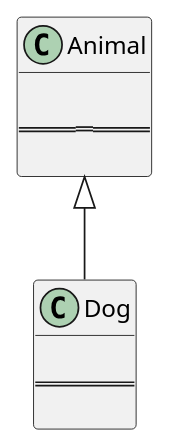
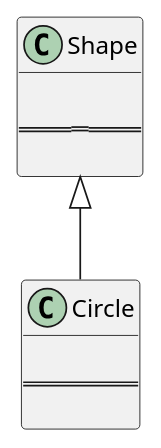
One commit to sshalem/JAVA changed the diagram in _8_Design_Patterns/UML/Inheritance_UML.puml. Above: the diagram before and after it, drawn with PlantUML.

```diff
--- a/_8_Design_Patterns/UML/Inheritance_UML.puml
+++ b/_8_Design_Patterns/UML/Inheritance_UML.puml
@@ -1,15 +1,15 @@
 @startuml
-class Animal {
+class Shape {
 
 ==================
 
 }
 
-class Dog {
+class Circle {
 
 ==
  
 }
 
-Animal <|-- Dog
+Shape <|-- Circle
 @enduml
```
